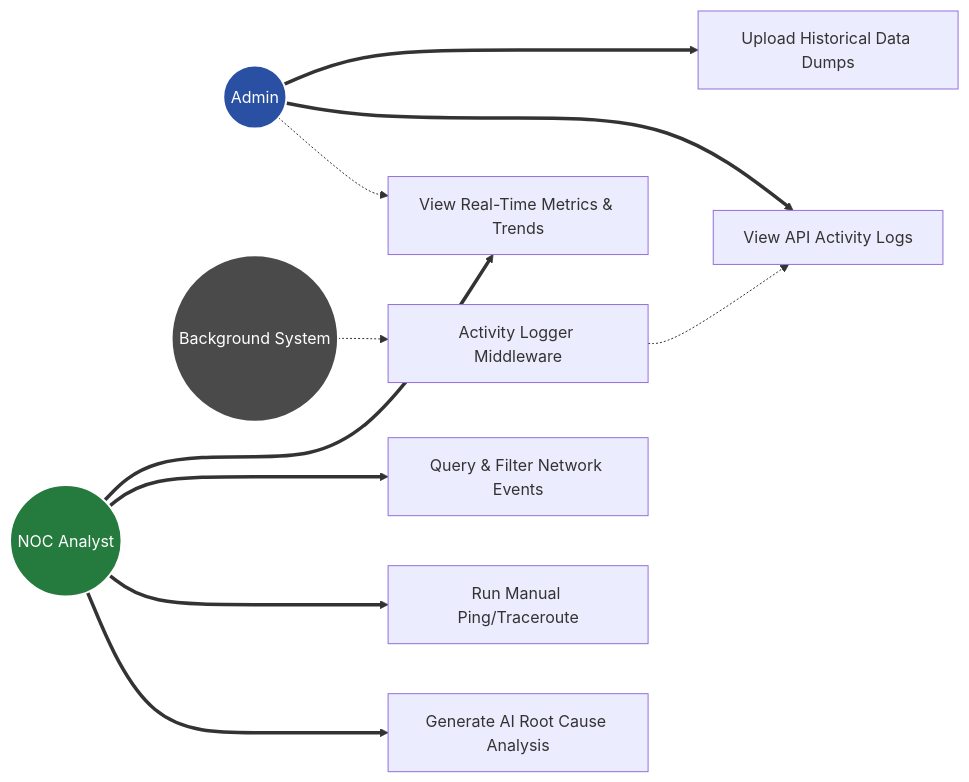
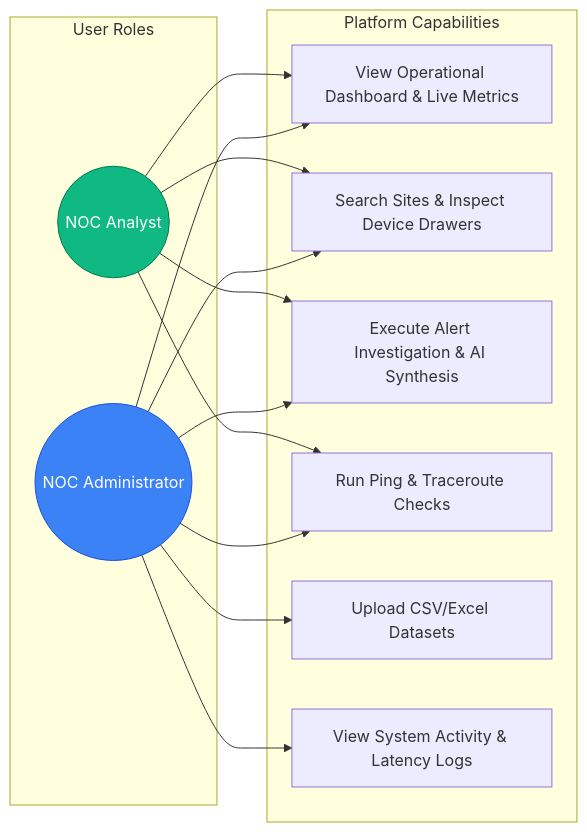
One commit to sanchiitvijay/noc-ps changed the sixth of 6 diagrams in docs/NOC_Diagrams.md. Above: the diagram before and after it, drawn with Mermaid. The commit also changed other lines of this file and 2 other files, not shown here.

Commit message:
docs: update comprehensive technical documentation and system diagrams

````diff
--- a/docs/NOC_Diagrams.md
+++ b/docs/NOC_Diagrams.md
@@ -144,35 +267,31 @@
 ```mermaid
 flowchart LR
-    %% Actor nodes
-    Admin((Admin))
-    Analyst((NOC Analyst))
-    System((Background System))
+    subgraph Roles ["User Roles"]
+        Analyst((NOC Analyst))
+        Admin((NOC Administrator))
+    end
 
-    %% Use Cases
-    Upload[Upload Historical Data Dumps]
-    Audit[View API Activity Logs]
-    
-    Metrics[View Real-Time Metrics & Trends]
-    Logs[Query & Filter Network Events]
-    Diag[Run Manual Ping/Traceroute]
-    AI[Generate AI Root Cause Analysis]
+    subgraph Capabilities ["Platform Capabilities"]
+        KPI[View Operational Dashboard & Live Metrics]
+        Sites[Search Sites & Inspect Device Drawers]
+        Triage[Execute Alert Investigation & AI Synthesis]
+        Diagnostics[Run Ping & Traceroute Checks]
+        Ingest[Upload CSV/Excel Datasets]
+        Audit[View System Activity & Latency Logs]
+    end
 
-    LogUser[Activity Logger Middleware]
-    
-    %% Relationships
-    Admin ===> Upload
-    Admin ===> Audit
-    Admin -.-> Metrics
-    
-    Analyst ===> Metrics
-    Analyst ===> Logs
-    Analyst ===> Diag
-    Analyst ===> AI
-    
-    System -.-> LogUser
-    LogUser -.-> Audit
-    
-    style Admin fill:#2a50a3,stroke:#fff,stroke-width:2px,color:#fff
-    style Analyst fill:#257a3e,stroke:#fff,stroke-width:2px,color:#fff
-    style System fill:#4a4a4a,stroke:#fff,stroke-width:2px,color:#fff
+    Analyst --> KPI
+    Analyst --> Sites
+    Analyst --> Triage
+    Analyst --> Diagnostics
+
+    Admin --> KPI
+    Admin --> Sites
+    Admin --> Triage
+    Admin --> Diagnostics
+    Admin --> Ingest
+    Admin --> Audit
+
+    style Analyst fill:#10b981,stroke:#047857,color:#ffffff
+    style Admin fill:#3b82f6,stroke:#1d4ed8,color:#ffffff
 ```
````
